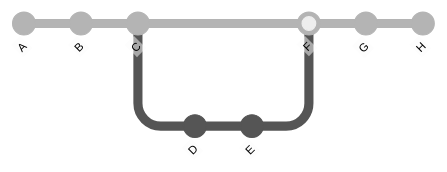
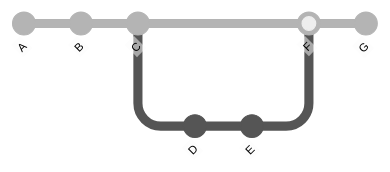
The third of 4 diagrams in src/concepts/graph.md (bjoernricks/git-knowledge-snack), drawn with Mermaid (neutral theme) before and after one commit. The commit also changed 4 other files, not shown here.

````diff
--- a/src/concepts/graph.md
+++ b/src/concepts/graph.md
@@ -40,18 +40,17 @@
 ```{mermaid}
 ---
 caption: Merged Graph
 ---
 %%{init: { 'gitGraph': {'showBranches': false}} }%%
 gitGraph
     commit id: "A"
     commit id: "B"
     commit id: "C"
     branch develop
     checkout develop
     commit id: "D"
     commit id: "E"
     checkout main
     merge develop id: "F"
     commit id: "G"
-    commit id: "H"
 ```
````
